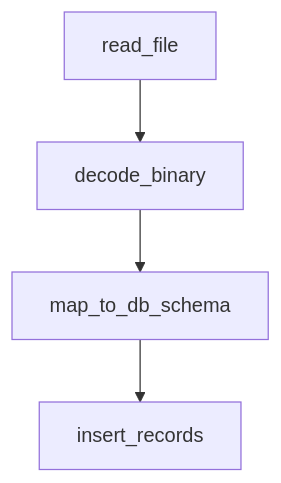
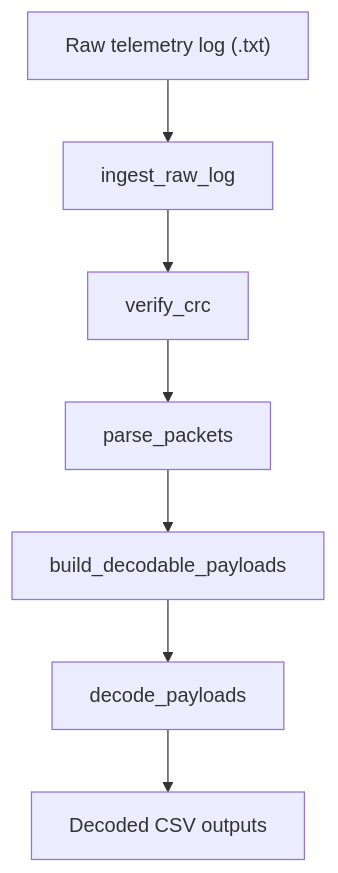
One commit to DR-RH/S-band_data_accumulation changed the diagram in flow.md. Above: the diagram before and after it, drawn with Mermaid. The commit also changed other lines of this file and 82 other files, not shown here.

````diff
--- a/flow.md
+++ b/flow.md
@@ -1,6 +3,9 @@
 ```mermaid
 flowchart TD
-    A[read_file] --> B[decode_binary]
-    B --> C[map_to_db_schema]
-    C --> D[insert_records]
+    A["Raw telemetry log (.txt)"] --> B["ingest_raw_log"]
+    B --> C["verify_crc"]
+    C --> D["parse_packets"]
+    D --> E["build_decodable_payloads"]
+    E --> F["decode_payloads"]
+    F --> G["Decoded CSV outputs"]
 ```
````
